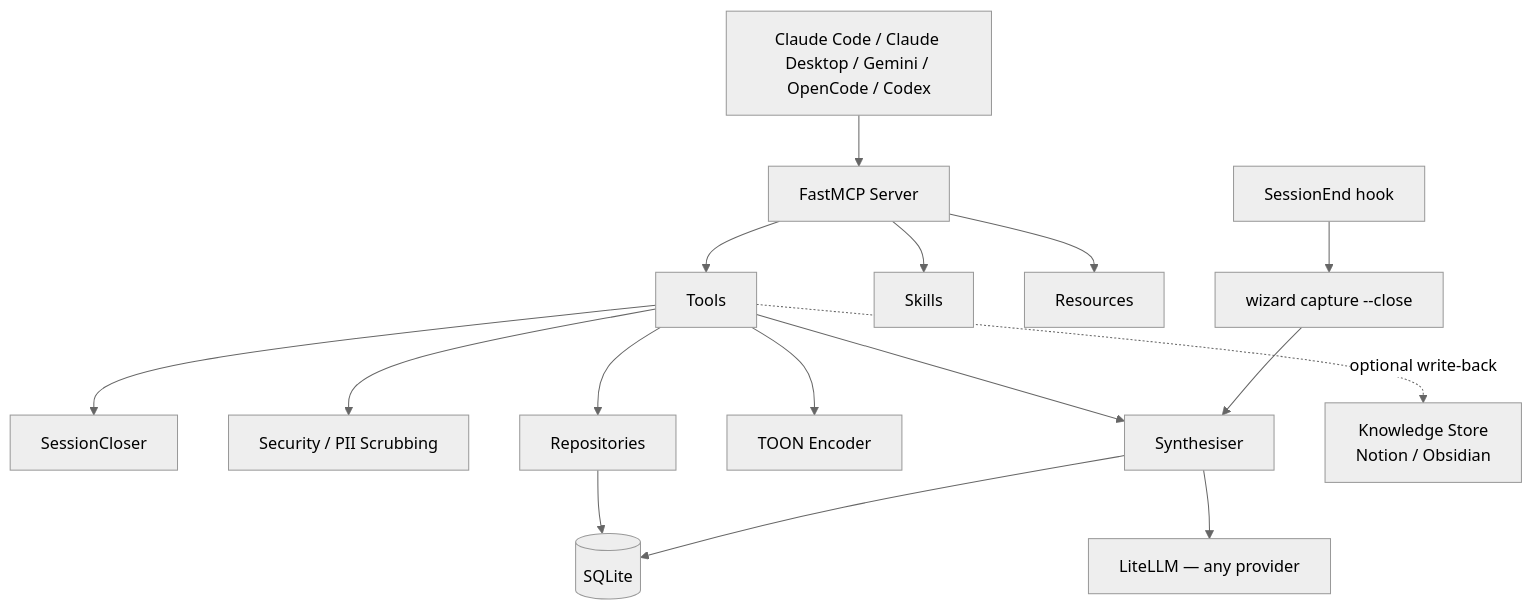
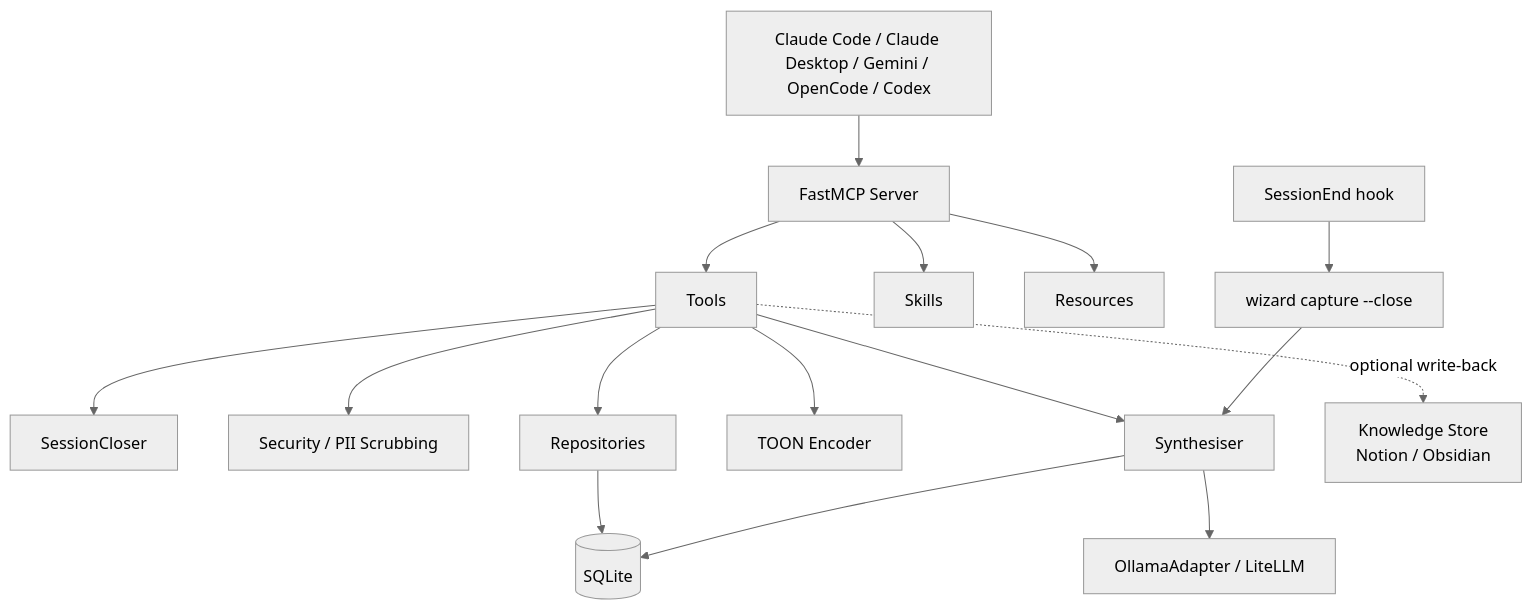
Before and after one commit to kiran-capoor94/wizard: the diagram in README.md, drawn with Mermaid (neutral theme). The commit also changed other lines of this file and 13 other files, not shown here.

First line of the commit message:
feat: OllamaAdapter native API, transcript_raw persistence, synthesis perf fixes

````diff
--- a/README.md
+++ b/README.md
@@ -126,18 +128,18 @@
 ```mermaid
 graph TD
     A[Claude Code / Claude Desktop / Gemini / OpenCode / Codex] --> B[FastMCP Server]
     B --> C[Tools]
     B --> D[Skills]
     B --> E[Resources]
     C --> F[SessionCloser]
     C --> G[Security / PII Scrubbing]
     C --> H[Repositories]
     C --> T[TOON Encoder]
     H --> I[(SQLite)]
     C --> P[Synthesiser]
     N[SessionEnd hook] --> O[wizard capture --close]
     O --> P
-    P --> Q[LiteLLM — any provider]
+    P --> Q[OllamaAdapter / LiteLLM]
     P --> I
     C -.->|optional write-back| L[Knowledge Store\nNotion / Obsidian]
 ```
````
